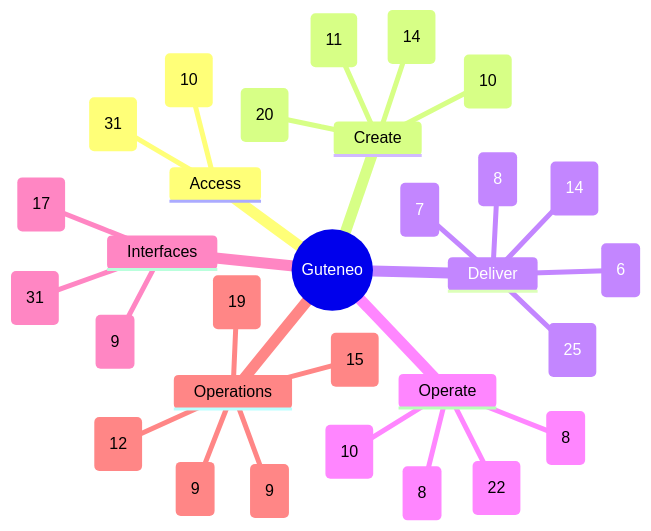
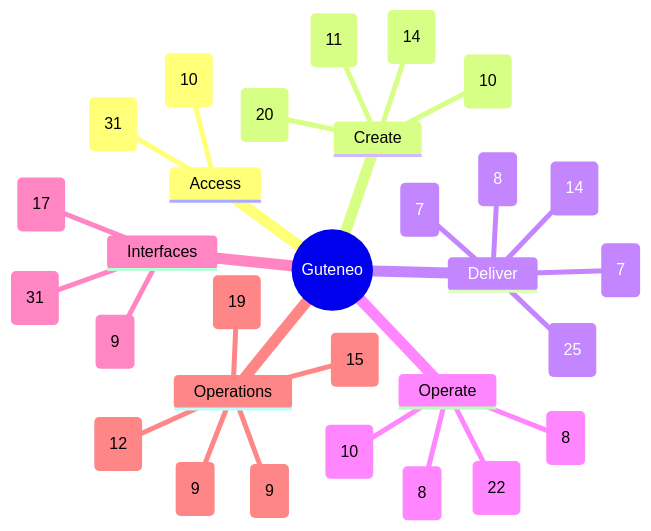
The diagram in docs/FEATURE_MAP.md (nclsppr/guteneo), drawn with Mermaid before and after one commit. The commit also changed other lines of this file and 14 other files, not shown here.

````diff
--- a/docs/FEATURE_MAP.md
+++ b/docs/FEATURE_MAP.md
@@ -13,33 +13,33 @@
 ```mermaid
 mindmap
   root((Guteneo))
     Access
       Access and identity (31)
       Team and responsibilities (10)
     Create
       Documents and protection (20)
       Template studio (14)
       Data and mappings (10)
       PDF generation and distribution (11)
     Deliver
-      Fax (6)
+      Fax (7)
       Postal mail (8)
       Email and protected links (14)
       Sensitive distribution and personal documents (25)
       Dispatch dry run (7)
     Operate
       Campaigns and tracking (8)
       Credits and billing (8)
       Workspace layout and browser appearance (22)
       PDF verification (10)
     Interfaces
       Assistants and API (31)
       iPhone and iPad (9)
       Public pages, languages and appearance (17)
     Operations
       Reviewer OAuth qualification (9)
       Operations and reliability (19)
       Belvédère platform oversight (9)
       Public service status (15)
       Engineering documentation (12)
 ```
````
